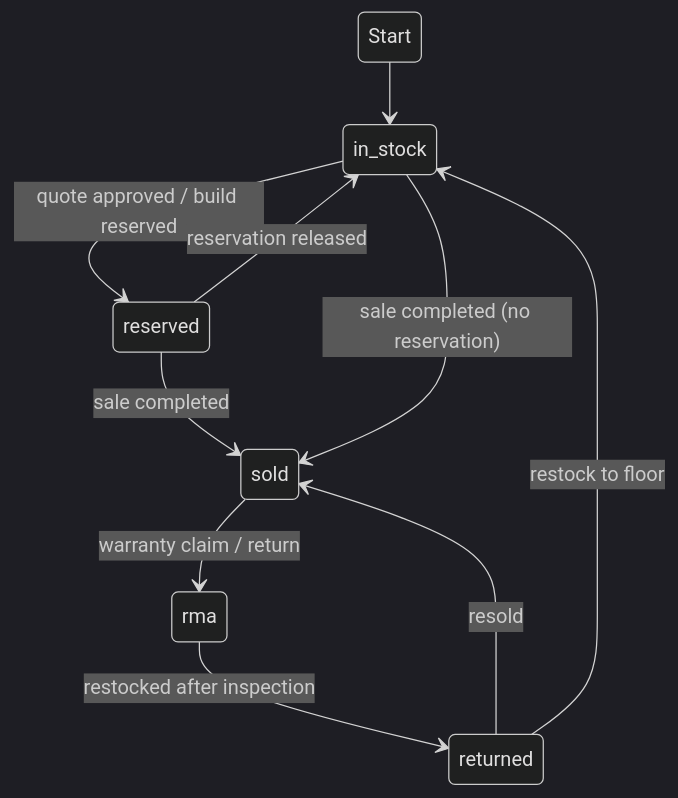
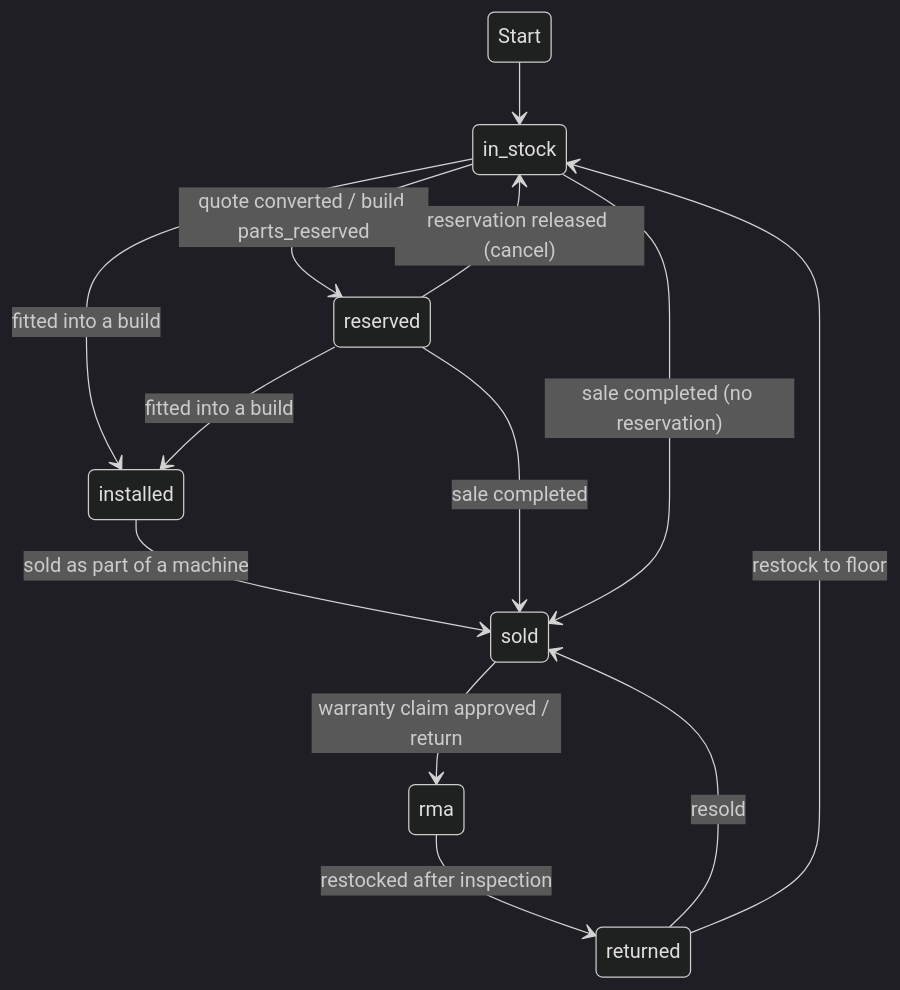
One commit to justinesestina/dream-pc-pos changed the eighth of 13 diagrams in docs/DPC-NEXUS-SUPABASE-DATABASE-ARCHITECTURE.md. Above: the diagram before and after it, drawn with Mermaid (dark theme). The commit also changed other lines of this file and 266 other files, not shown here.

````diff
--- a/docs/DPC-NEXUS-SUPABASE-DATABASE-ARCHITECTURE.md
+++ b/docs/DPC-NEXUS-SUPABASE-DATABASE-ARCHITECTURE.md
@@ -1022,12 +1032,15 @@
 ```mermaid
 stateDiagram-v2
     Start --> in_stock
-    in_stock --> reserved: quote approved / build reserved
-    reserved --> in_stock: reservation released
+    in_stock --> reserved: quote converted / build parts_reserved
+    reserved --> in_stock: reservation released (cancel)
+    in_stock --> installed: fitted into a build
+    reserved --> installed: fitted into a build
+    installed --> sold: sold as part of a machine
     reserved --> sold: sale completed
     in_stock --> sold: sale completed (no reservation)
-    sold --> rma: warranty claim / return
+    sold --> rma: warranty claim approved / return
     rma --> returned: restocked after inspection
     returned --> sold: resold
     returned --> in_stock: restock to floor
 ```
````
